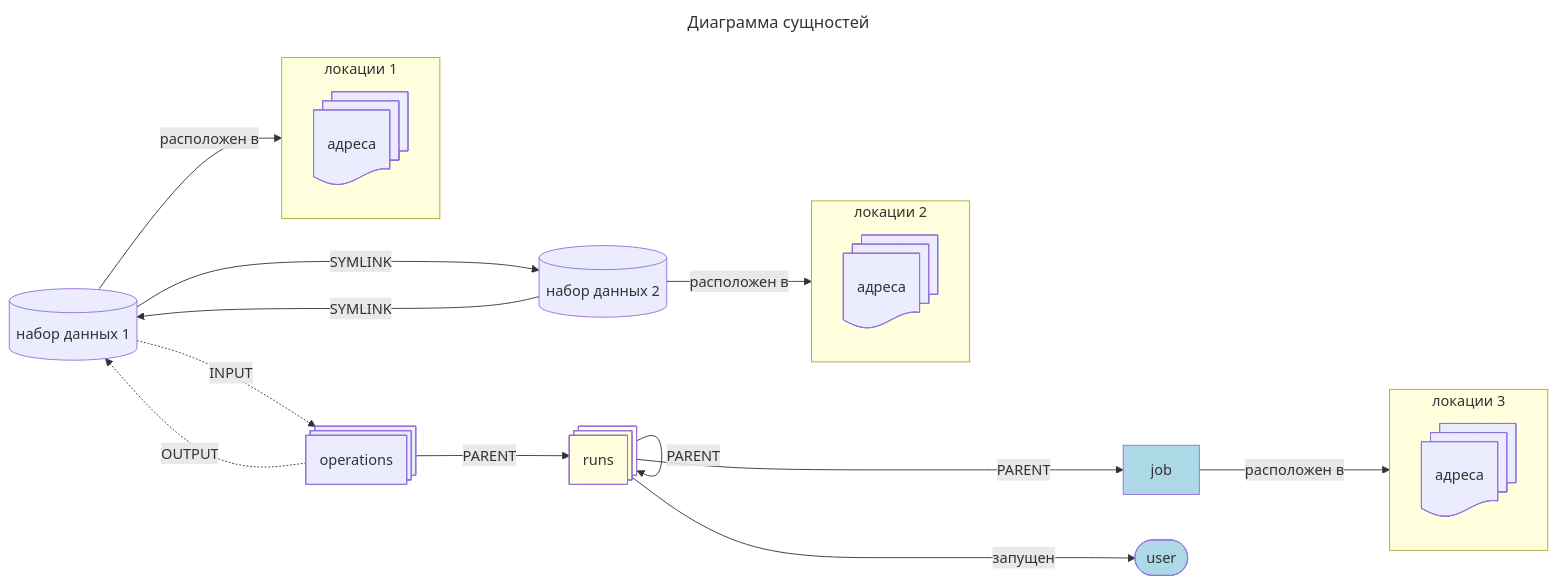
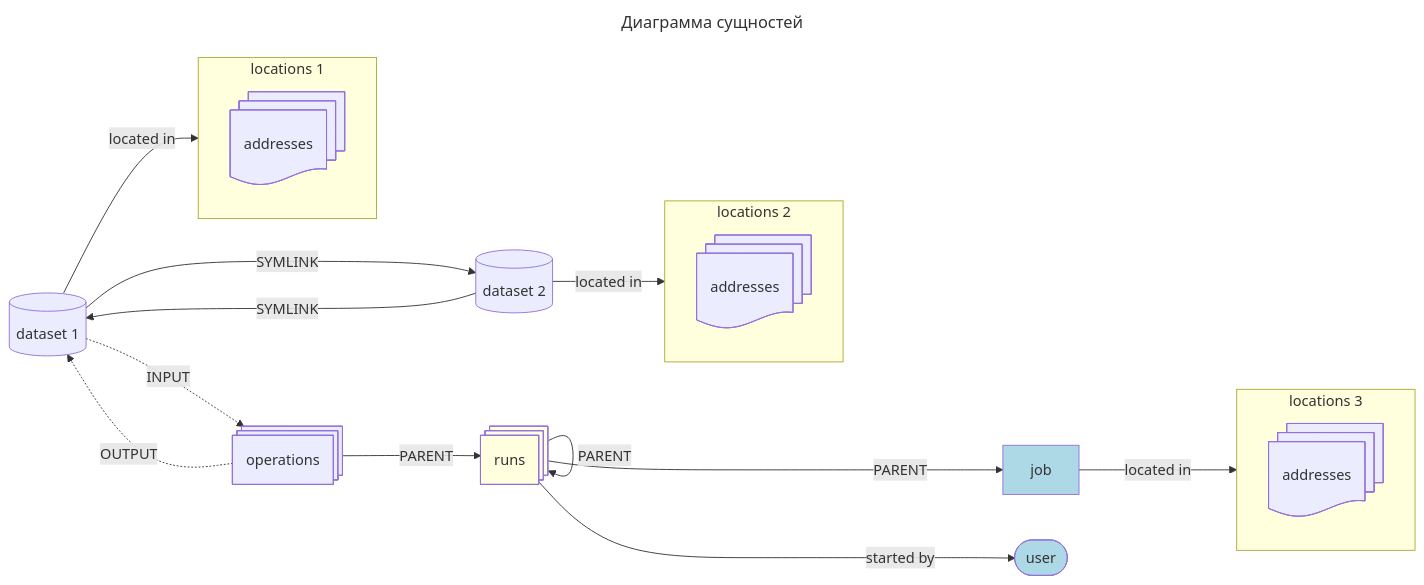
Before and after one commit to MobileTeleSystems/data-rentgen: the second of 2 diagrams in mddocs/docs/ru/entities/index.md, drawn with Mermaid. The commit also changed other lines of this file and 20 other files, not shown here.

````diff
--- a/mddocs/docs/ru/entities/index.md
+++ b/mddocs/docs/ru/entities/index.md
@@ -41,45 +41,45 @@
 ```mermaid
 ---
 title: Диаграмма сущностей
 ---
 
 flowchart LR
-   subgraph locations1 [локации 1]
-       addresses1@{shape: docs, label: "адреса"}
+   subgraph locations1 [locations 1]
+       addresses1@{shape: docs, label: "addresses"}
     end
-   subgraph locations2 [локации 2]
-       addresses2@{shape: docs, label: "адреса"}
+   subgraph locations2 [locations 2]
+       addresses2@{shape: docs, label: "addresses"}
     end
-   subgraph locations3 [локации 3]
-       addresses3@{shape: docs, label: "адреса"}
+   subgraph locations3 [locations 3]
+       addresses3@{shape: docs, label: "addresses"}
     end
-   dataset1[(набор данных 1)]
-   dataset2[(набор данных 2)]
+   dataset1[(dataset 1)]
+   dataset2[(dataset 2)]
    operations@{shape: procs}
    runs@{shape: procs, fill: yellow}
    
    style runs fill:lightyellow
    job
    style job fill:lightblue
    user@{shape: stadium}
    style user fill:lightblue
 
    dataset1 -- SYMLINK ---> dataset2
    dataset2 -- SYMLINK --> dataset1
  
-   dataset2 -- расположен в --> locations2
+   dataset2 -- located in --> locations2
 
    dataset1 -. INPUT .-> operations
    operations -. OUTPUT .-> dataset1
-   dataset1 -- расположен в --> locations1
+   dataset1 -- located in --> locations1
 
    operations -- PARENT --> runs
    
    runs -- PARENT ----> job
-   runs -- запущен ----> user
+   runs -- started by ----> user
    
-   job -- расположен в ---> locations3
+   job -- located in ---> locations3
 
    runs -- PARENT --> runs
 
 ```
````
